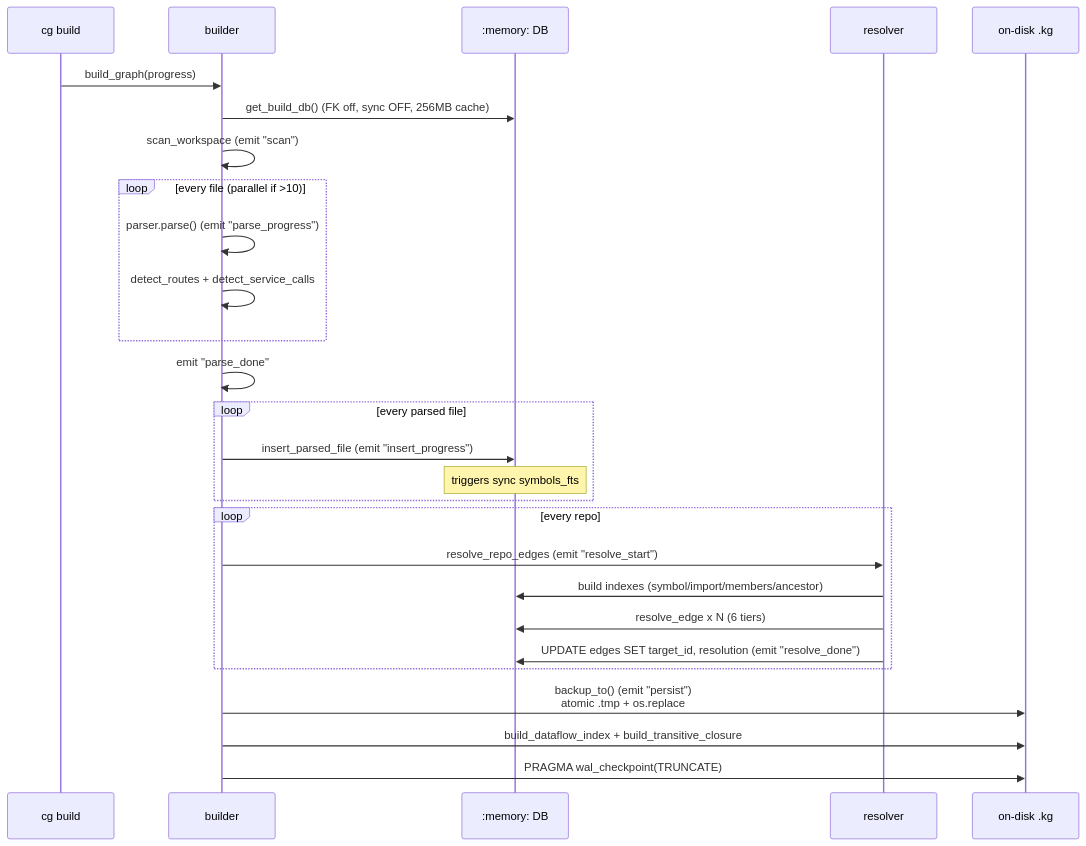
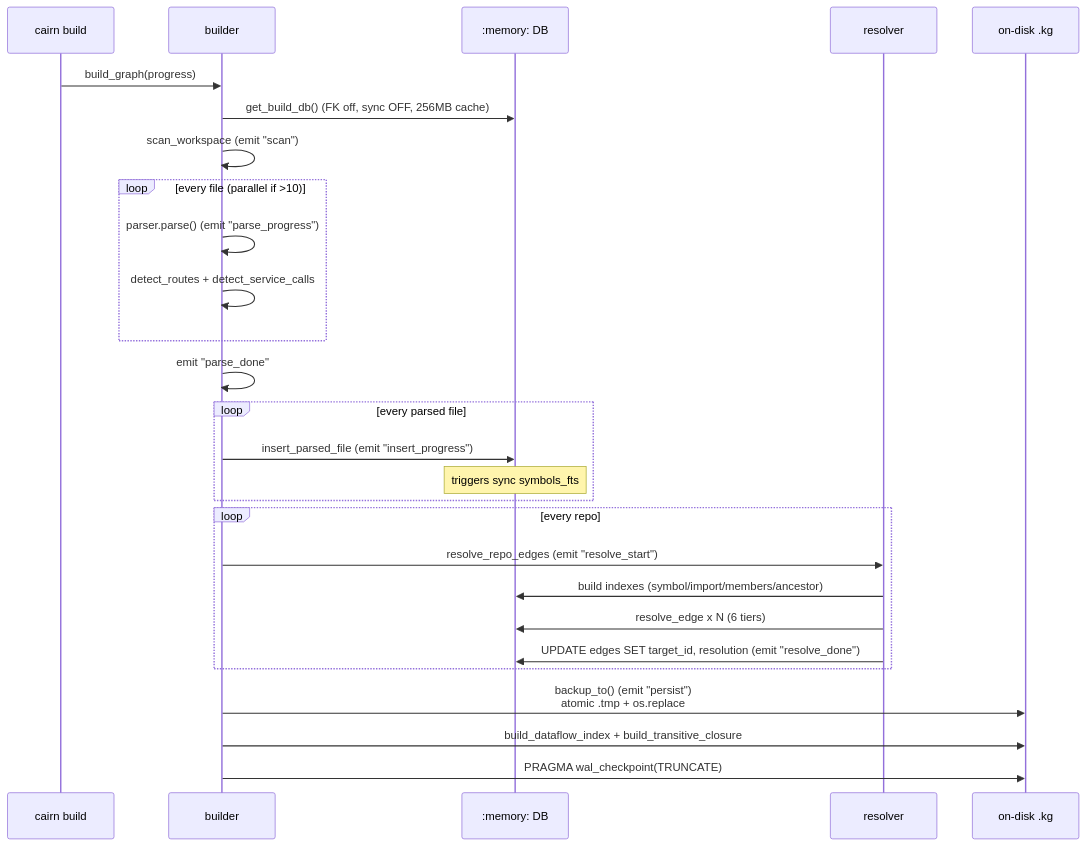
The fifth of 11 diagrams in docs/architecture-overview.md (tanlnm512/cairn), drawn with Mermaid before and after one commit. The commit also changed other lines of this file and 76 other files, not shown here.

First line of the commit message:
refactor: finish cg → cairn CLI rebrand across the codebase

````diff
--- a/docs/architecture-overview.md
+++ b/docs/architecture-overview.md
@@ -163,30 +163,30 @@
 ```mermaid
 sequenceDiagram
-    participant CLI as cg build
+    participant CLI as cairn build
     participant B as builder
     participant DB as :memory: DB
     participant R as resolver
     participant Disk as on-disk .kg
 
     CLI->>B: build_graph(progress)
     B->>DB: get_build_db() (FK off, sync OFF, 256MB cache)
     B->>B: scan_workspace (emit "scan")
     loop every file (parallel if >10)
         B->>B: parser.parse() (emit "parse_progress")
         B->>B: detect_routes + detect_service_calls
     end
     B->>B: emit "parse_done"
     loop every parsed file
         B->>DB: insert_parsed_file (emit "insert_progress")
         Note over DB: triggers sync symbols_fts
     end
     loop every repo
         B->>R: resolve_repo_edges (emit "resolve_start")
         R->>DB: build indexes (symbol/import/members/ancestor)
         R->>DB: resolve_edge x N (6 tiers)
         R->>DB: UPDATE edges SET target_id, resolution (emit "resolve_done")
     end
     B->>Disk: backup_to() (emit "persist")<br/>atomic .tmp + os.replace
     B->>Disk: build_dataflow_index + build_transitive_closure
     B->>Disk: PRAGMA wal_checkpoint(TRUNCATE)
 ```
````
